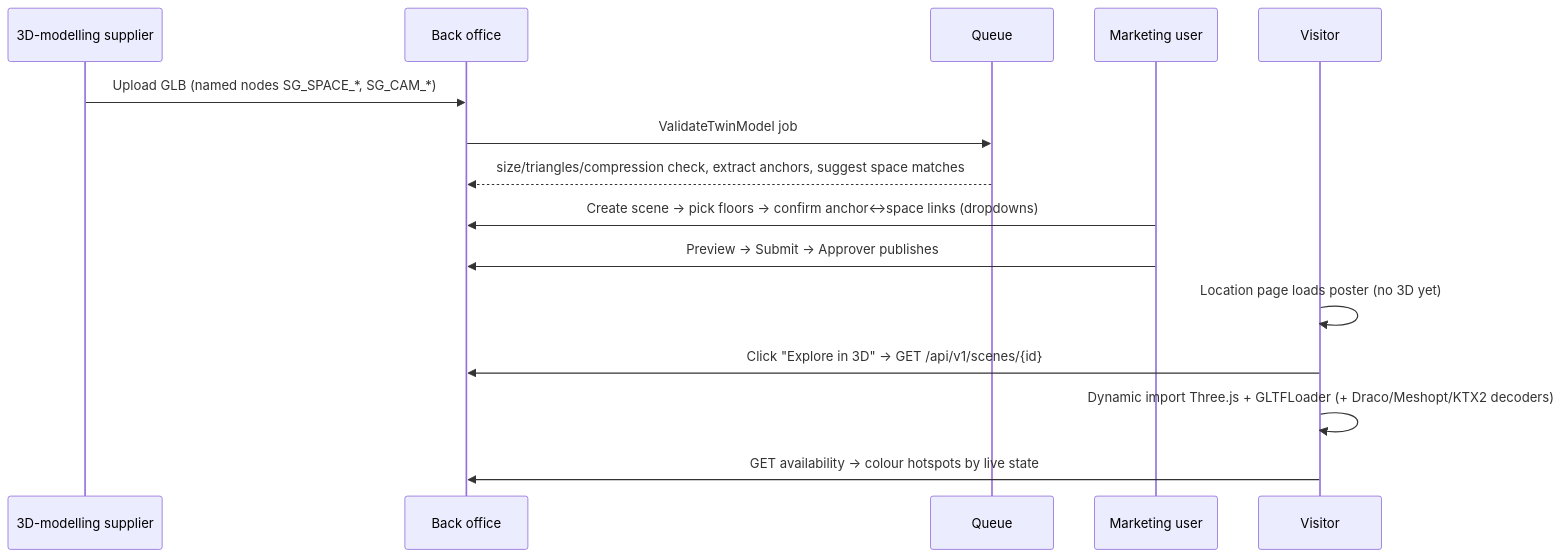
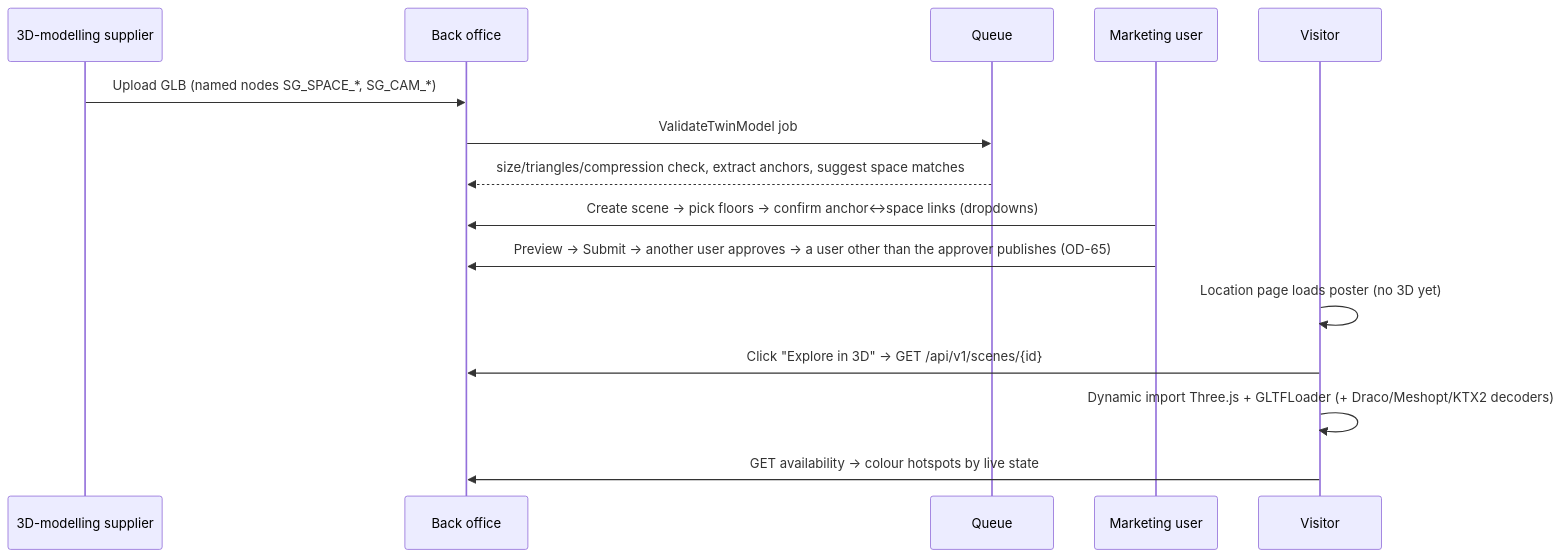
One commit to ErSuryaPrakashChamoli/smartgo changed the second of 2 diagrams in docs/architecture/SYSTEM_ARCHITECTURE.md. Above: the diagram before and after it, drawn with Mermaid. The commit also changed other lines of this file and 10 other files, not shown here.

````diff
--- a/docs/architecture/SYSTEM_ARCHITECTURE.md
+++ b/docs/architecture/SYSTEM_ARCHITECTURE.md
@@ -181,17 +181,17 @@
 ```mermaid
 sequenceDiagram
   participant T as 3D-modelling supplier
   participant BO as Back office
   participant Q as Queue
   participant M as Marketing user
   participant V as Visitor
   T->>BO: Upload GLB (named nodes SG_SPACE_*, SG_CAM_*)
   BO->>Q: ValidateTwinModel job
   Q-->>BO: size/triangles/compression check, extract anchors, suggest space matches
   M->>BO: Create scene → pick floors → confirm anchor↔space links (dropdowns)
-  M->>BO: Preview → Submit → Approver publishes
+  M->>BO: Preview → Submit → another user approves → a user other than the approver publishes (OD-65)
   V->>V: Location page loads poster (no 3D yet)
   V->>BO: Click "Explore in 3D" → GET /api/v1/scenes/{id}
   V->>V: Dynamic import Three.js + GLTFLoader (+ Draco/Meshopt/KTX2 decoders)
   V->>BO: GET availability → colour hotspots by live state
 ```
````
